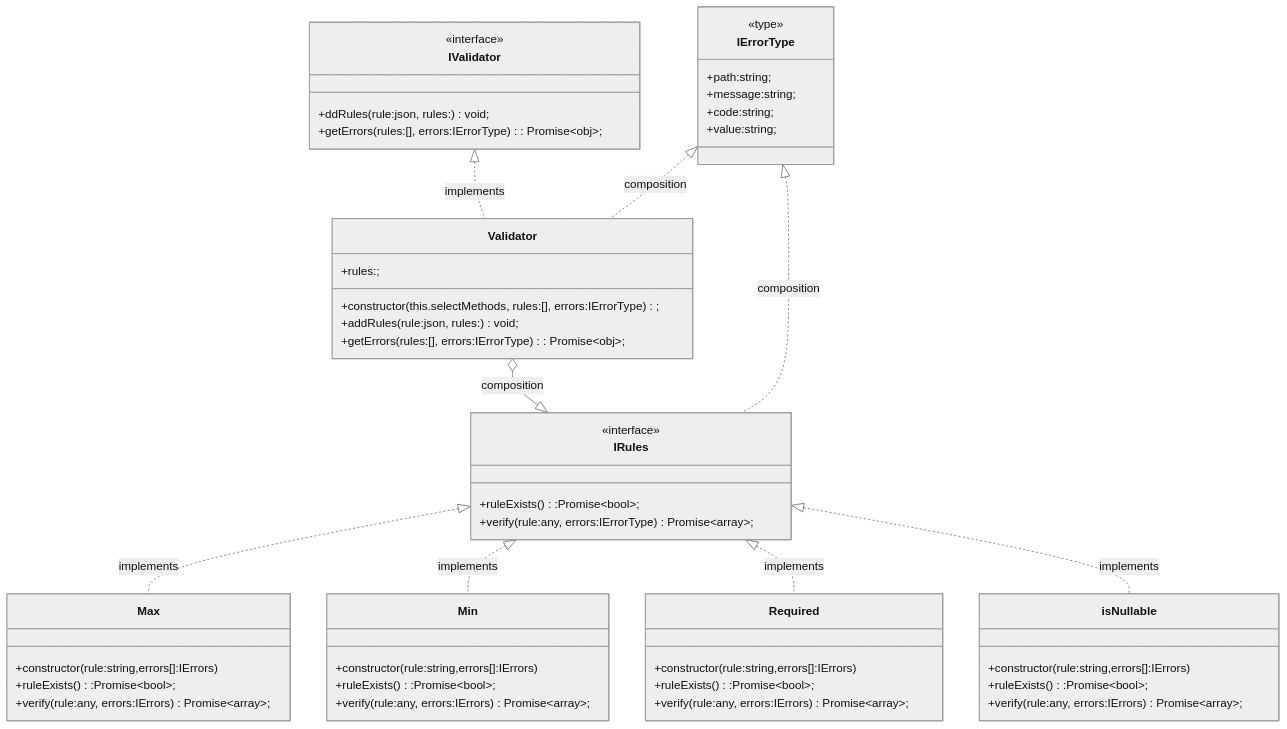
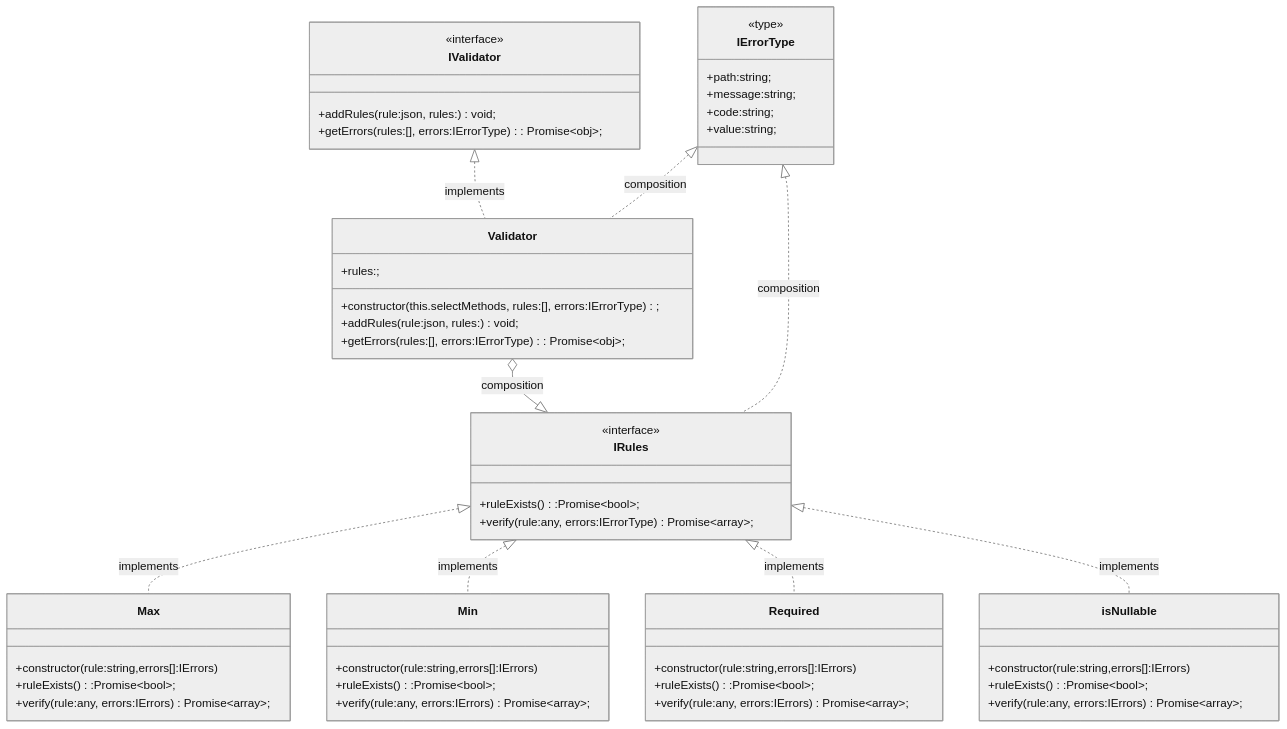
One commit to almas-alright/groots-validator changed the diagram in readme.md. Above: the diagram before and after it, drawn with Mermaid (neutral theme).

Commit message:
ADD: class diagram

````diff
--- a/readme.md
+++ b/readme.md
@@ -12,65 +12,65 @@
 ```mermaid
 classDiagram
 
     class IValidator{
         <<interface>>
-        +ddRules(rule:json, rules:<rules IRules>) void;
+        +addRules(rule:json, rules:<rules IRules>) void;
         +getErrors(rules:[], errors:IErrorType): Promise~obj~;
     }
 
     IValidator <|.. Validator : implements
     Validator o--|> IRules : composition
     IErrorType <|.. Validator : composition
     class Validator{
         +rules:<rules IRules>;
         +constructor(this.selectMethods, rules:[], errors:IErrorType);
         +addRules(rule:json, rules:<rules IRules>) void;
          %% ruleExistsRules call validator
         +getErrors(rules:[], errors:IErrorType): Promise~obj~;
     }
 
     class IErrorType{
         <<type>>
         +path:string;
         +message:string;
         +code:string;
         +value:string;
     }
 
     IErrorType <|.. IRules : composition
     class IRules{
         <<interface>>
         +ruleExists():Promise~bool~;
         +verify(rule:any, errors:IErrorType) Promise~array~;
     }
 
     IRules <|.. Max : implements
     class Max{
         +constructor(rule:string,errors[]:IErrors)
         +ruleExists():Promise~bool~;
         +verify(rule:any, errors:IErrors) Promise~array~;
     }
 
     IRules <|.. Min : implements
     class Min{
         +constructor(rule:string,errors[]:IErrors)
         +ruleExists():Promise~bool~;
         +verify(rule:any, errors:IErrors) Promise~array~;
     }
 
     IRules <|.. Required : implements
     class Required{
         +constructor(rule:string,errors[]:IErrors)
         +ruleExists():Promise~bool~;
         +verify(rule:any, errors:IErrors) Promise~array~;
     }
 
     IRules <|.. isNullable : implements
     class isNullable{
         +constructor(rule:string,errors[]:IErrors)
         +ruleExists():Promise~bool~;
         +verify(rule:any, errors:IErrors) Promise~array~;
     }
 
 
 ```
````
